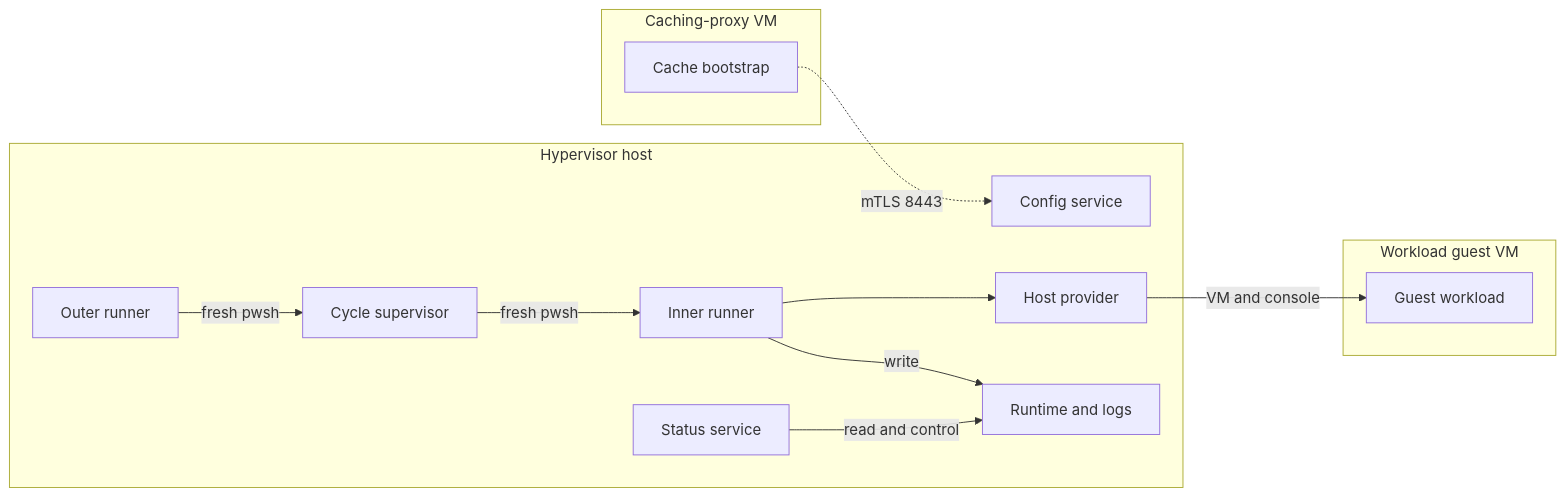
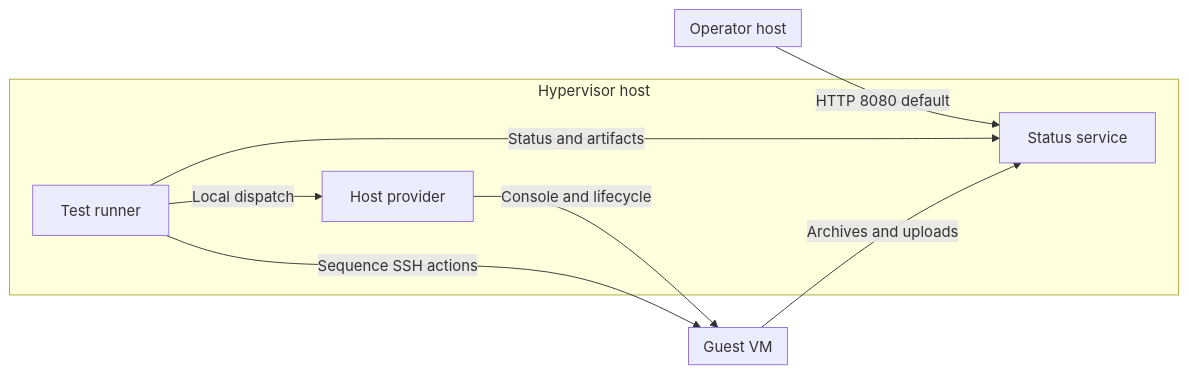
Before and after one commit to alissonsol/yuruna: the second of 5 diagrams in docs/design/06-deployment.md, drawn with Mermaid. The commit also changed other lines of this file and 763 other files, not shown here.

````diff
--- a/docs/design/06-deployment.md
+++ b/docs/design/06-deployment.md
@@ -87,26 +44,18 @@
 ```mermaid
 flowchart LR
-    subgraph host["Hypervisor host"]
-        start-test-runner["Outer runner"]
-        invoke-test-cycle-runner["Cycle supervisor"]
-        invoke-test-runner-inner-loop["Inner runner"]
+    subgraph operator-host["Operator host"]
+    end
+    subgraph runner-host["Hypervisor host"]
+        start-test-runner["Test runner"]
         yuruna-host["Host provider"]
         start-status-service["Status service"]
-        start-config-service["Config service"]
-        test-yuruna-dir["Runtime and logs"]
     end
-    subgraph guest["Workload guest VM"]
-        guest-workload["Guest workload"]
+    subgraph guest["Guest VM"]
     end
-    subgraph caching-proxy-service-vm["Caching-proxy VM"]
-        caching-proxy-bootstrap["Cache bootstrap"]
-    end
-    start-test-runner -->|fresh pwsh| invoke-test-cycle-runner
-    invoke-test-cycle-runner -->|fresh pwsh| invoke-test-runner-inner-loop
-    invoke-test-runner-inner-loop --> yuruna-host
-    yuruna-host -->|VM and console| guest-workload
-    invoke-test-runner-inner-loop -->|write| test-yuruna-dir
-    start-status-service -->|read and control| test-yuruna-dir
-    %% optional: config service is started by the caching-proxy VM launcher
-    caching-proxy-bootstrap -.->|mTLS 8443| start-config-service
+    operator-host -->|HTTP 8080 default| start-status-service
+    start-test-runner -->|Local dispatch| yuruna-host
+    start-test-runner -->|Status and artifacts| start-status-service
+    yuruna-host -->|Console and lifecycle| guest
+    start-test-runner -->|Sequence SSH actions| guest
+    guest -->|Archives and uploads| start-status-service
 ```
````
